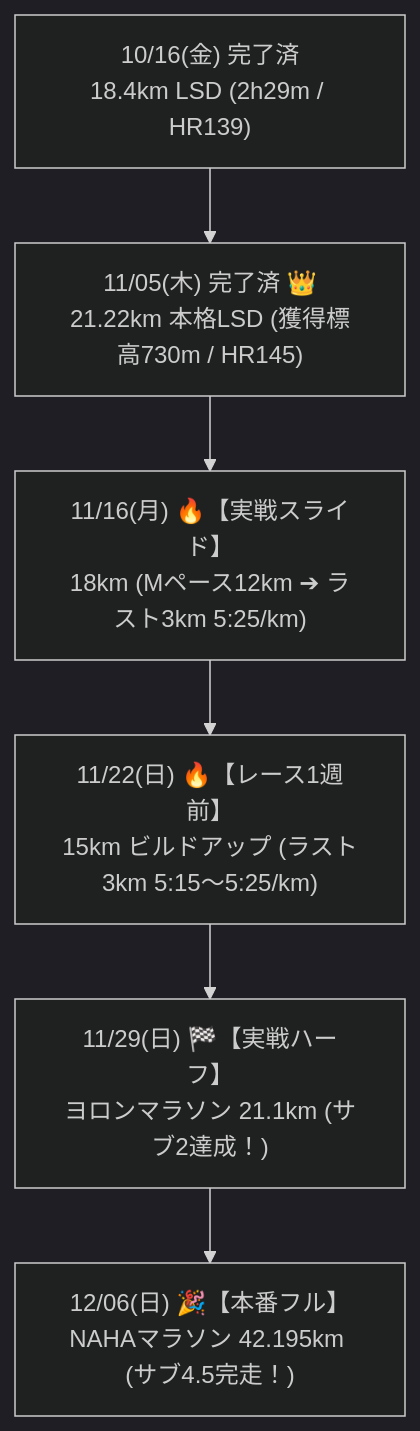
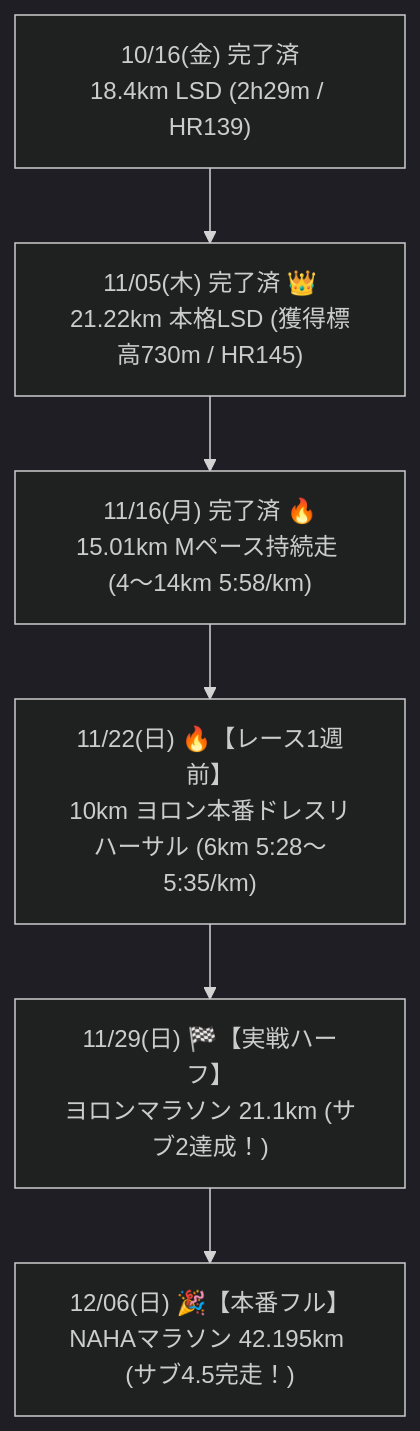
The diagram in docs/TRAINING_PLAN_2026.md (nem6ishi/running_analytics), drawn with Mermaid (dark theme) before and after one commit. The commit also changed other lines of this file and 5 other files, not shown here.

````diff
--- a/docs/TRAINING_PLAN_2026.md
+++ b/docs/TRAINING_PLAN_2026.md
@@ -31,8 +31,8 @@
 ```mermaid
 flowchart TD
     L1["10/16(金) 完了済<br/>18.4km LSD (2h29m / HR139)"] --> L2["11/05(木) 完了済 👑<br/>21.22km 本格LSD (獲得標高730m / HR145)"]
-    L2 --> L3["11/16(月) 🔥【実戦スライド】<br/>18km (Mペース12km ➔ ラスト3km 5:25/km)"]
-    L3 --> L4["11/22(日) 🔥【レース1週前】<br/>15km ビルドアップ (ラスト3km 5:15〜5:25/km)"]
+    L2 --> L3["11/16(月) 完了済 🔥<br/>15.01km Mペース持続走 (4〜14km 5:58/km)"]
+    L3 --> L4["11/22(日) 🔥【レース1週前】<br/>10km ヨロン本番ドレスリハーサル (6km 5:28〜5:35/km)"]
     L4 --> L5["11/29(日) 🏁【実戦ハーフ】<br/>ヨロンマラソン 21.1km (サブ2達成！)"]
     L5 --> L6["12/06(日) 🎉【本番フル】<br/>NAHAマラソン 42.195km (サブ4.5完走！)"]
 ```
````
